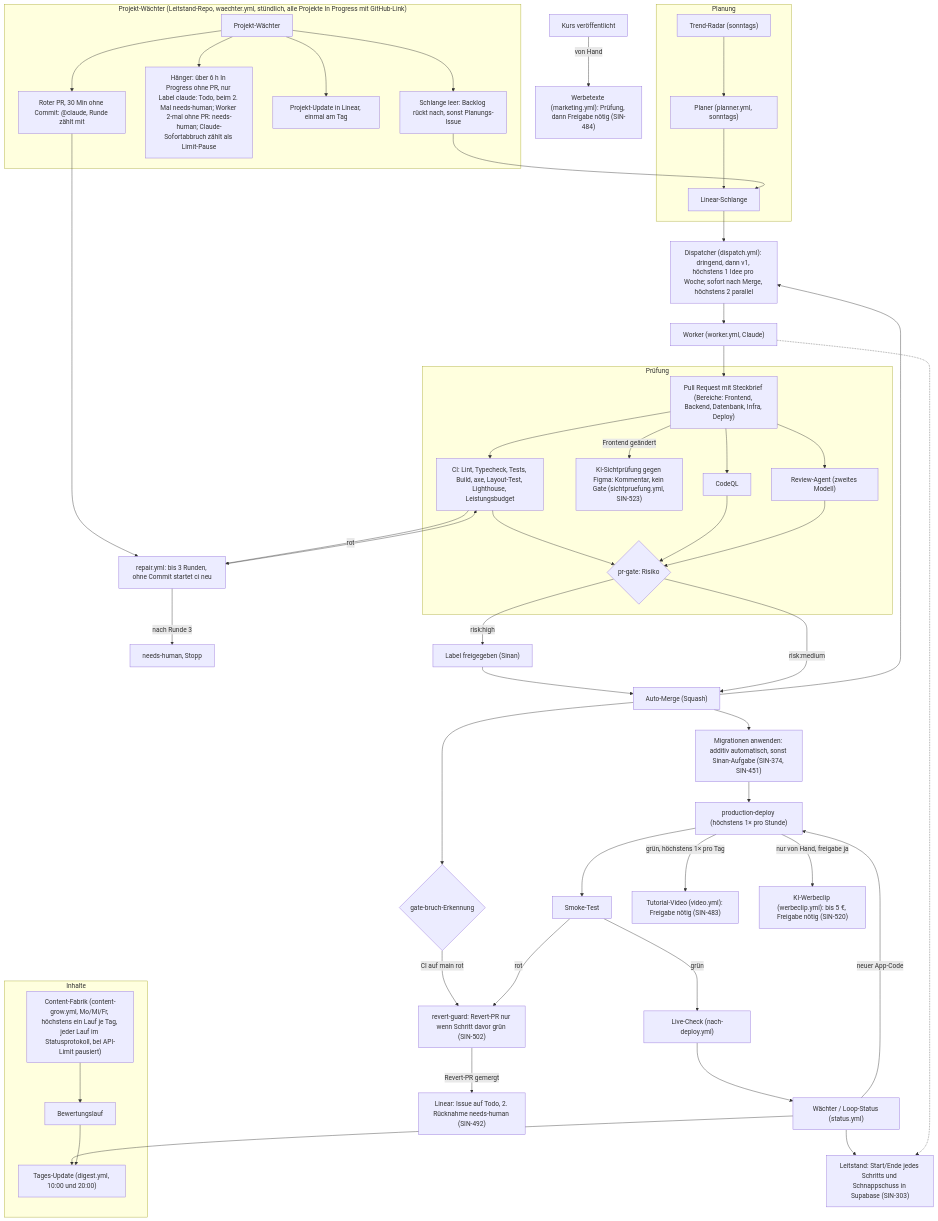
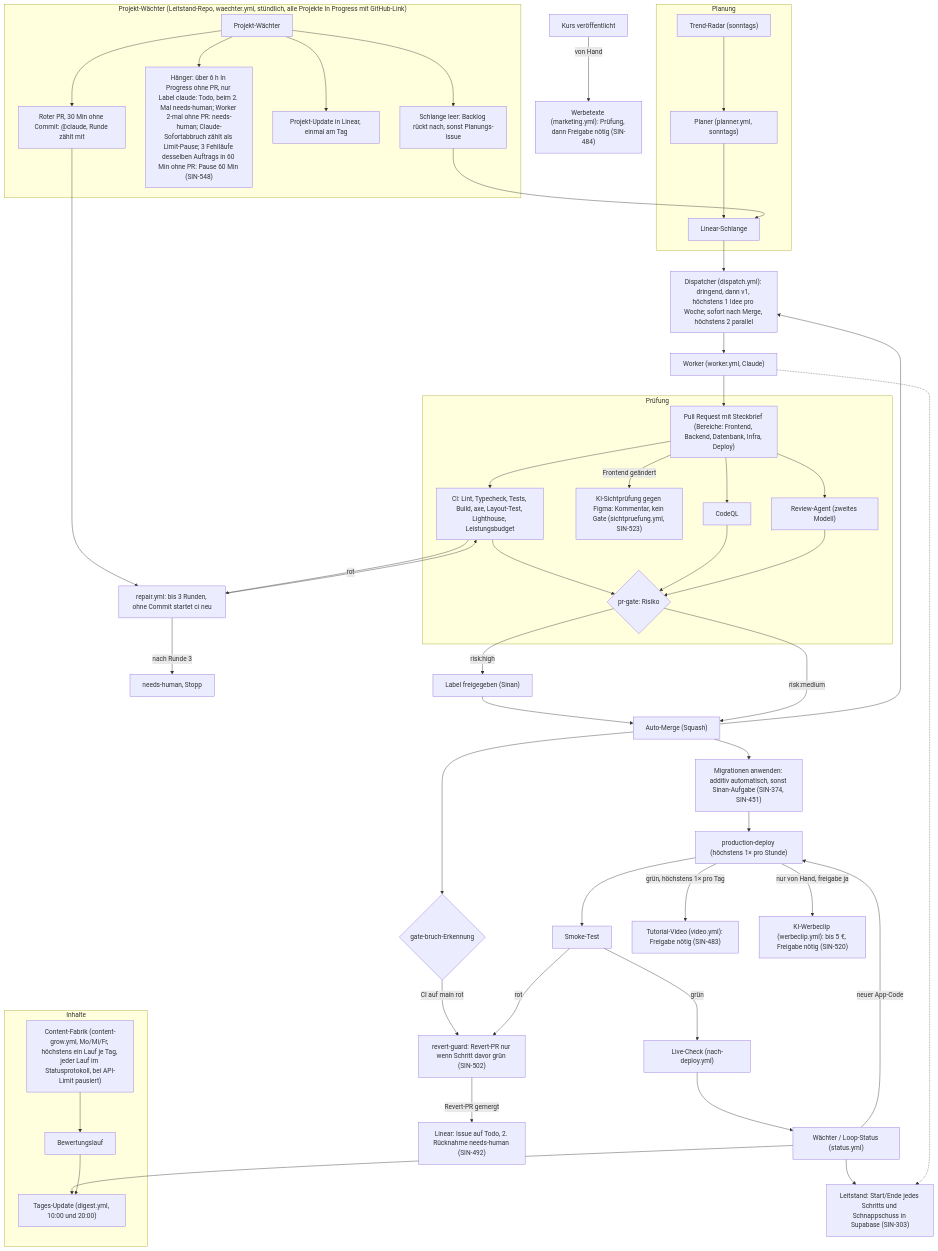
One commit to siinanXD/Content-Agent-Lernapp changed the diagram in README.md. Above: the diagram before and after it, drawn with Mermaid. The commit also changed 15 other files, not shown here.

First line of the commit message:
feat(worker): Pause statt Dauerschleife bei leerem Kontingent (SIN-548)

````diff
--- a/README.md
+++ b/README.md
@@ -72,56 +72,56 @@
 ```mermaid
 %% Pipeline-Ablauf des Loops, Stand main 09.10. (SIN-376). Quelle für das FigJam-Board „Pipeline-Ablauf“.
 %% Ändern sich .github/workflows/ oder scripts/autonomy/, diese Datei im selben PR anpassen.
 flowchart TD
   subgraph Planung
     Radar["Trend-Radar (sonntags)"] --> Planer
     Planer["Planer (planner.yml, sonntags)"] --> Schlange["Linear-Schlange"]
   end
   Schlange --> Dispatcher["Dispatcher (dispatch.yml): dringend, dann v1, höchstens 1 Idee pro Woche; sofort nach Merge, höchstens 2 parallel"]
   Dispatcher --> Worker["Worker (worker.yml, Claude)"]
   Worker --> PR["Pull Request mit Steckbrief (Bereiche: Frontend, Backend, Datenbank, Infra, Deploy)"]
   subgraph Prüfung
     PR --> CI["CI: Lint, Typecheck, Tests, Build, axe, Layout-Test, Lighthouse, Leistungsbudget"]
     PR -- "Frontend geändert" --> Sicht["KI-Sichtprüfung gegen Figma: Kommentar, kein Gate (sichtpruefung.yml, SIN-523)"]
     PR --> CodeQL["CodeQL"]
     PR --> Review["Review-Agent (zweites Modell)"]
     CI --> Gate{"pr-gate: Risiko"}
     CodeQL --> Gate
     Review --> Gate
   end
   CI -- rot --> Repair["repair.yml: bis 3 Runden, ohne Commit startet ci neu"]
   Repair --> CI
   Repair -- "nach Runde 3" --> Mensch["needs-human, Stopp"]
   Gate -- "risk:high" --> Freigabe["Label freigegeben (Sinan)"]
   Freigabe --> Merge
   Gate -- "risk:medium" --> Merge["Auto-Merge (Squash)"]
   Merge --> Dispatcher
   Merge --> Migr["Migrationen anwenden: additiv automatisch, sonst Sinan-Aufgabe (SIN-374, SIN-451)"]
   Merge --> Bruch{"gate-bruch-Erkennung"}
   Bruch -- "CI auf main rot" --> Revert["revert-guard: Revert-PR nur wenn Schritt davor grün (SIN-502)"]
   Revert -- "Revert-PR gemergt" --> LinearTodo["Linear: Issue auf Todo, 2. Rücknahme needs-human (SIN-492)"]
   Migr --> Deploy["production-deploy (höchstens 1× pro Stunde)"]
   Deploy --> Smoke["Smoke-Test"]
   Smoke -- rot --> Revert
   Smoke -- grün --> Live["Live-Check (nach-deploy.yml)"]
   Deploy -- "grün, höchstens 1× pro Tag" --> Video["Tutorial-Video (video.yml): Freigabe nötig (SIN-483)"]
   Deploy -- "nur von Hand, freigabe ja" --> Werbeclip["KI-Werbeclip (werbeclip.yml): bis 5 €, Freigabe nötig (SIN-520)"]
   Kurs["Kurs veröffentlicht"] -- "von Hand" --> Marketing["Werbetexte (marketing.yml): Prüfung, dann Freigabe nötig (SIN-484)"]
   Live --> Waechter["Wächter / Loop-Status (status.yml)"]
   Waechter -- "neuer App-Code" --> Deploy
   Waechter --> Update["Tages-Update (digest.yml, 10:00 und 20:00)"]
   Waechter --> Leitstand["Leitstand: Start/Ende jedes Schritts und Schnappschuss in Supabase (SIN-303)"]
   Worker -.-> Leitstand
   subgraph Projektwaechter["Projekt-Wächter (Leitstand-Repo, waechter.yml, stündlich, alle Projekte In Progress mit GitHub-Link)"]
     PW["Projekt-Wächter"] --> PWS["Schlange leer: Backlog rückt nach, sonst Planungs-Issue"]
-    PW --> PWH["Hänger: über 6 h In Progress ohne PR, nur Label claude: Todo, beim 2. Mal needs-human; Worker 2-mal ohne PR: needs-human; Claude-Sofortabbruch zählt als Limit-Pause"]
+    PW --> PWH["Hänger: über 6 h In Progress ohne PR, nur Label claude: Todo, beim 2. Mal needs-human; Worker 2-mal ohne PR: needs-human; Claude-Sofortabbruch zählt als Limit-Pause; 3 Fehlläufe desselben Auftrags in 60 Min ohne PR: Pause 60 Min (SIN-548)"]
     PW --> PWU["Projekt-Update in Linear, einmal am Tag"]
     PW --> PWR["Roter PR, 30 Min ohne Commit: @claude, Runde zählt mit"]
   end
   PWS --> Schlange
   PWR --> Repair
   subgraph Inhalte
     Fabrik["Content-Fabrik (content-grow.yml, Mo/Mi/Fr, höchstens ein Lauf je Tag, jeder Lauf im Statusprotokoll, bei API-Limit pausiert)"] --> Bewertung["Bewertungslauf"]
     Bewertung --> Update
   end
 ```
````
